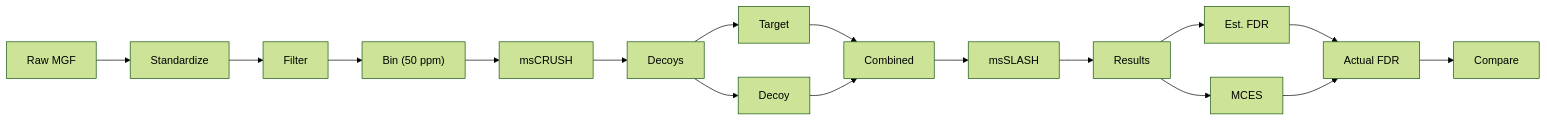
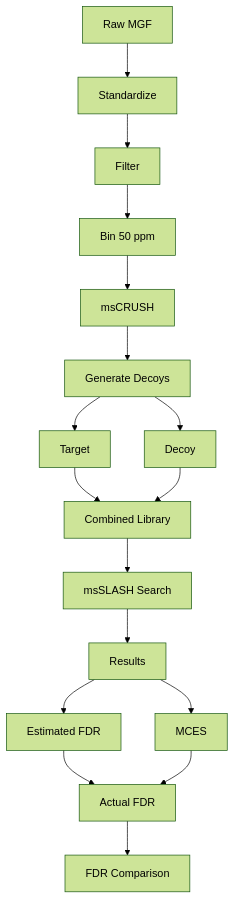
One commit to chhavithakur15/SPLISUM changed the diagram in README.md. Above: the diagram before and after it, drawn with Mermaid (forest theme). The commit also changed other lines of this file, not shown here.

````diff
--- a/README.md
+++ b/README.md
@@ -251,26 +250,30 @@
 ```mermaid
-flowchart LR
+flowchart TD
+    A[Raw MGF]
+    B[Standardize]
+    C[Filter]
+    D[Bin 50 ppm]
+    E[msCRUSH]
+    F[Generate Decoys]
+    G[Target]
+    H[Decoy]
+    I[Combined Library]
+    J[msSLASH Search]
+    K[Results]
+    L[Estimated FDR]
+    M[MCES]
+    N[Actual FDR]
+    O[FDR Comparison]
 
-A["Raw MGF"] --> B["Standardize"]
-B --> C["Filter"]
-C --> D["Bin (50 ppm)"]
-D --> E["msCRUSH"]
-E --> F["Decoys"]
-
-F --> G["Target"]
-F --> H["Decoy"]
-
-G --> I["Combined"]
-H --> I
-
-I --> J["msSLASH"]
-J --> K["Results"]
-
-K --> L["Est. FDR"]
-K --> M["MCES"]
-
-L --> N["Actual FDR"]
-M --> N
-
-N --> O["Compare"]
+    A --> B --> C --> D --> E --> F
+    F --> G
+    F --> H
+    G --> I
+    H --> I
+    I --> J --> K
+    K --> L
+    K --> M
+    L --> N
+    M --> N
+    N --> O
 ```
````
